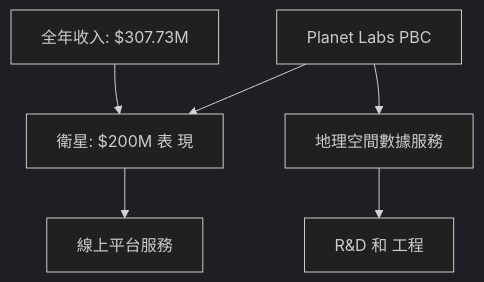
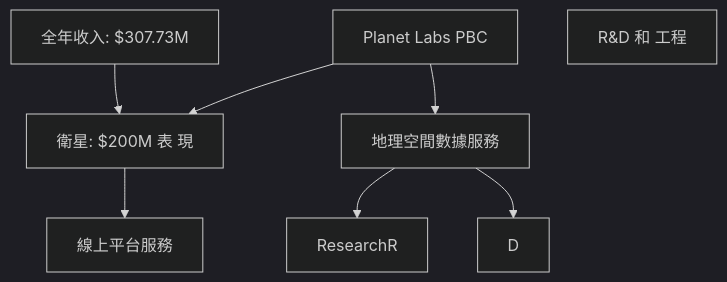
Before and after one commit to yennanliu/finance_data: the second of 4 diagrams in ai_gen_report/stock/pl/fundamental_analysis_2026-05-13_openai.md, drawn with Mermaid (dark theme). The commit also changed 2258 other files, not shown here.

First line of the commit message:
chore: backfill Mermaid syntax repair across existing reports

````diff
--- a/ai_gen_report/stock/pl/fundamental_analysis_2026-05-13_openai.md
+++ b/ai_gen_report/stock/pl/fundamental_analysis_2026-05-13_openai.md
@@ -111,14 +111,14 @@
 ```mermaid
 graph TD
     Company["Planet Labs PBC"]
     总收入["全年收入: $307.73M"]
 
     Satellite["衛星製造與服務"]
     GeoData["地理空間數據服務"]
     OnlinePlatform["線上平台服務"]
     ResearchR&D["R&D 和 工程"]
 
     Company --> Satellite --> OnlinePlatform
-    Company --> GeoData --> ResearchR&D
+    Company --> GeoData --> ResearchR  &  D
     总收入 --> Satellite["衛星: $200M 表 現"] 
 ```
````
